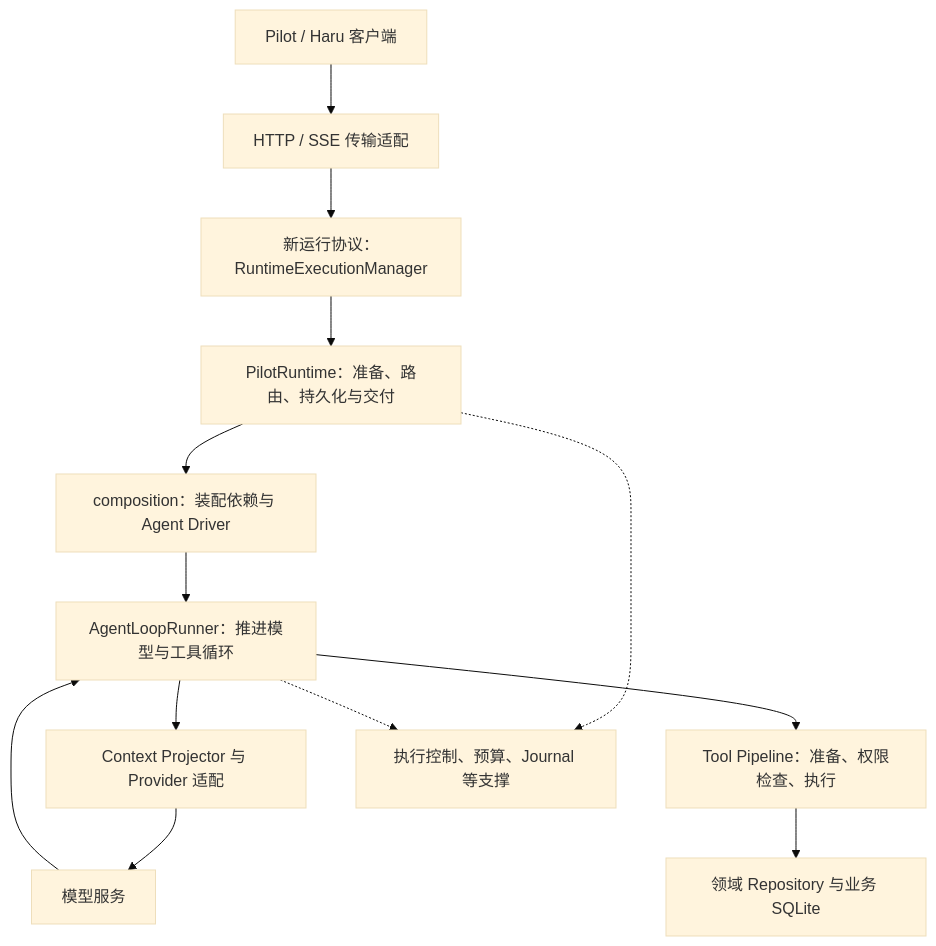
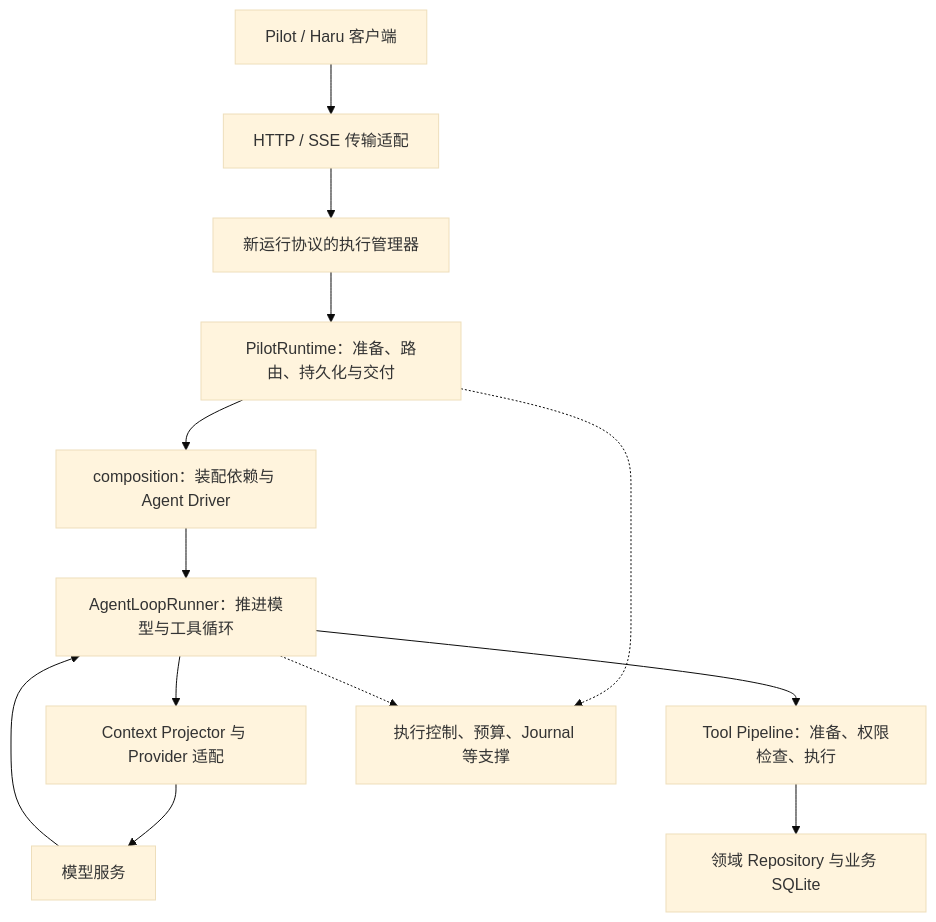
One commit to offercontext/offerPilot changed the diagram in docs/learn/advanced/02-harness-boundaries.md. Above: the diagram before and after it, drawn with Mermaid (base theme). The commit also changed 16 other files, not shown here.

Commit message:
docs: 校对全部章节并修正图文说明

````diff
--- a/docs/learn/advanced/02-harness-boundaries.md
+++ b/docs/learn/advanced/02-harness-boundaries.md
@@ -24,15 +24,15 @@
 ```mermaid
 flowchart TD
     client["Pilot / Haru 客户端"] --> transport["HTTP / SSE 传输适配"]
-    transport --> manager["新运行协议：RuntimeExecutionManager"]
+    transport --> manager["新运行协议的执行管理器"]
     manager --> runtime["PilotRuntime：准备、路由、持久化与交付"]
     runtime --> driver["composition：装配依赖与 Agent Driver"]
     driver --> loop["AgentLoopRunner：推进模型与工具循环"]
     loop --> surface["Context Projector 与 Provider 适配"]
     surface --> model["模型服务"]
     model --> loop
     loop --> pipeline["Tool Pipeline：准备、权限检查、执行"]
     pipeline --> domain["领域 Repository 与业务 SQLite"]
     runtime -.-> control["执行控制、预算、Journal 等支撑"]
     loop -.-> control
 ```
````
